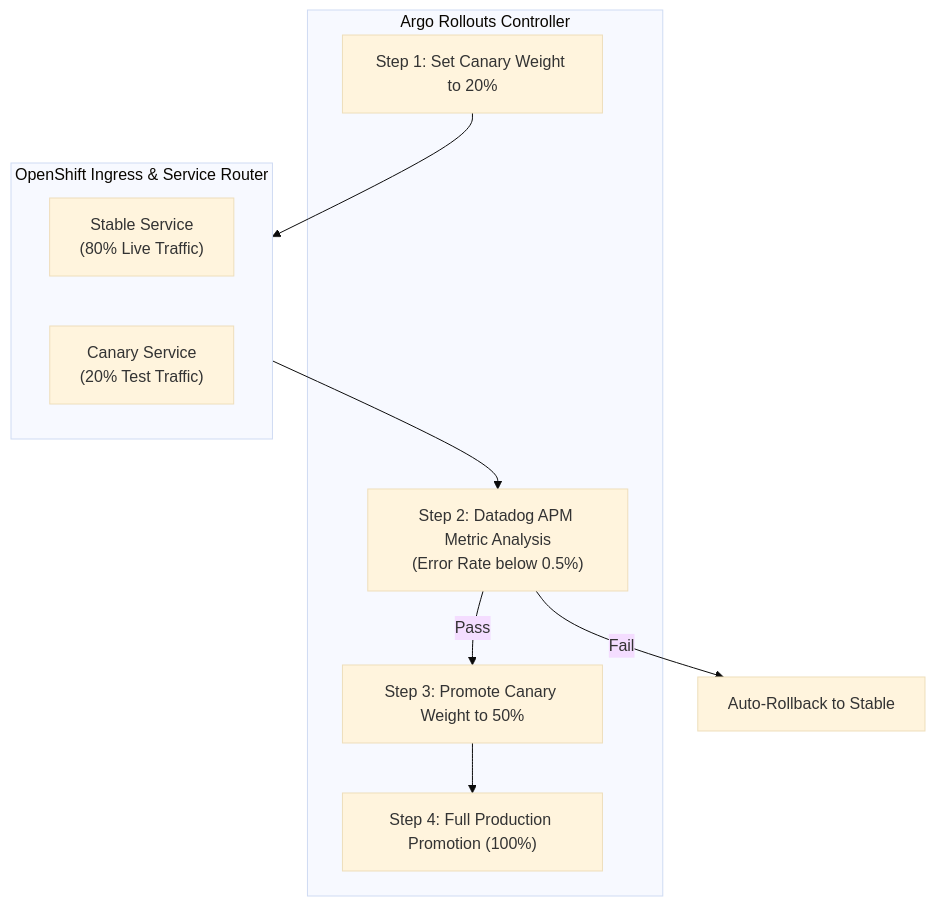
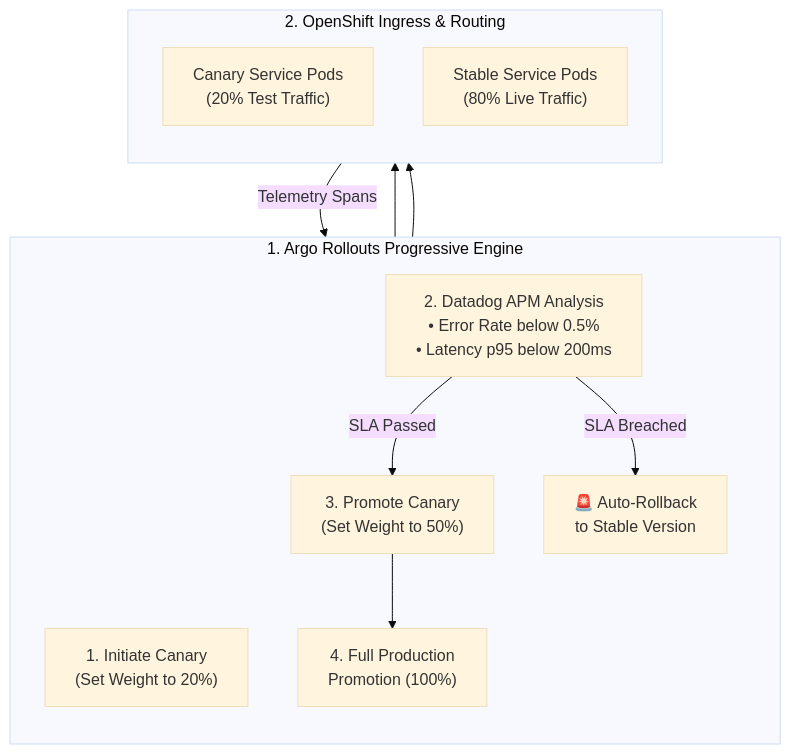
Before and after one commit to nubenetes/jenkins-without-git-parameter-bwce: the tenth of 11 diagrams in README.md, drawn with Mermaid (base theme).

Commit message:
fix(mermaid): wrap labels and use node-to-node links in Progressive Delivery diagram

````diff
--- a/README.md
+++ b/README.md
@@ -648,20 +648,24 @@
 ```mermaid
 flowchart TB
-    subgraph RolloutController["Argo Rollouts Controller"]
-        Step1["Step 1: Set Canary Weight to 20%"]
-        Step2["Step 2: Datadog APM Metric Analysis<br/>(Error Rate below 0.5%)"]
-        Step3["Step 3: Promote Canary Weight to 50%"]
-        Step4["Step 4: Full Production Promotion (100%)"]
+    subgraph RolloutController["1. Argo Rollouts Progressive Engine"]
+        direction TB
+        Step1["1. Initiate Canary<br/>(Set Weight to 20%)"]
+        Step2["2. Datadog APM Analysis<br/>• Error Rate below 0.5%<br/>• Latency p95 below 200ms"]
+        Step3["3. Promote Canary<br/>(Set Weight to 50%)"]
+        Step4["4. Full Production<br/>Promotion (100%)"]
+        Abort["🚨 Auto-Rollback<br/>to Stable Version"]
     end
 
-    subgraph RoutingLayer["OpenShift Ingress & Service Router"]
-        StableService["Stable Service<br/>(80% Live Traffic)"]
-        CanaryService["Canary Service<br/>(20% Test Traffic)"]
+    subgraph RoutingLayer["2. OpenShift Ingress & Routing"]
+        direction TB
+        CanaryService["Canary Service Pods<br/>(20% Test Traffic)"]
+        StableService["Stable Service Pods<br/>(80% Live Traffic)"]
     end
 
-    Step1 --> RoutingLayer
-    RoutingLayer --> Step2
-    Step2 -->|Pass| Step3
-    Step2 -->|Fail| Abort["Auto-Rollback to Stable"]
+    Step1 --> CanaryService
+    Step1 --> StableService
+    CanaryService -->|"Telemetry Spans"| Step2
+    Step2 -->|"SLA Passed"| Step3
+    Step2 -->|"SLA Breached"| Abort
     Step3 --> Step4
 ```
````
